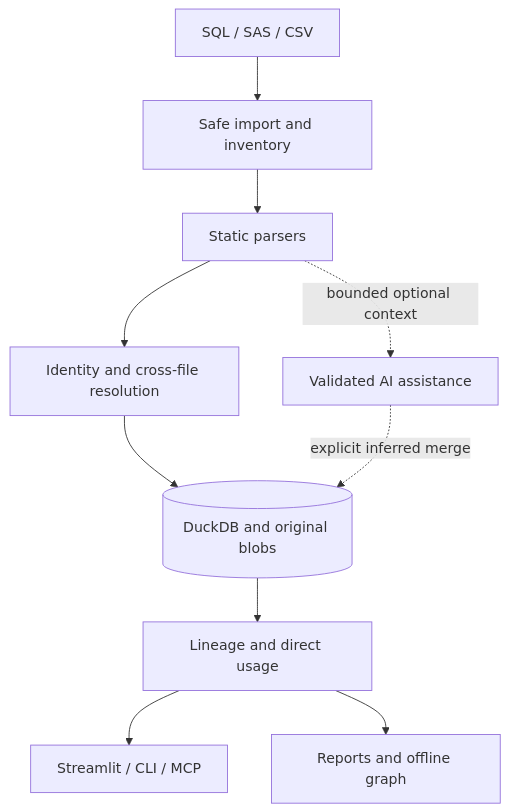
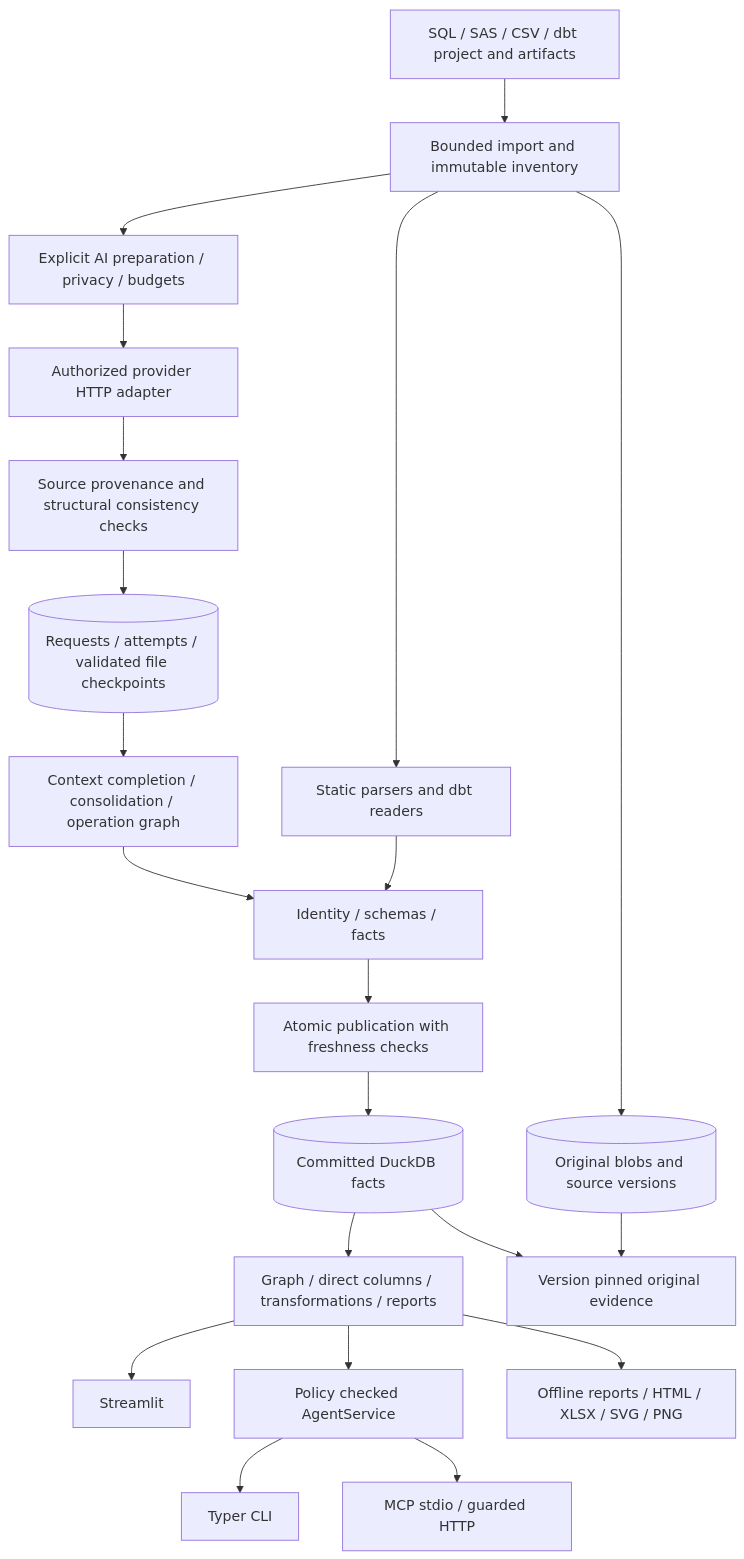
The diagram in docs/architecture/overview.md (SahasilAK/GraveTrail), drawn with Mermaid before and after one commit. The commit also changed other lines of this file and 108 other files, not shown here.

````diff
--- a/docs/architecture/overview.md
+++ b/docs/architecture/overview.md
@@ -6,12 +26,23 @@
 ```mermaid
 flowchart TB
-    Sources[SQL / SAS / CSV] --> Import[Safe import and inventory]
-    Import --> Parse[Static parsers]
-    Parse --> Resolve[Identity and cross-file resolution]
-    Resolve --> Store[(DuckDB and original blobs)]
-    Store --> Graph[Lineage and direct usage]
-    Graph --> UI[Streamlit / CLI / MCP]
-    Graph --> Export[Reports and offline graph]
-    Parse -. bounded optional context .-> AI[Validated AI assistance]
-    AI -. explicit inferred merge .-> Store
+    Input[SQL / SAS / CSV / dbt project and artifacts] --> Import[Bounded import and immutable inventory]
+    Import --> Originals[(Original blobs and source versions)]
+    Import --> Parser[Static parsers and dbt readers]
+    Import --> Prep[Explicit AI preparation / privacy / budgets]
+    Prep --> Provider[Authorized provider HTTP adapter]
+    Provider --> Validate[Source provenance and structural consistency checks]
+    Validate --> Checkpoints[(Requests / attempts / validated file checkpoints)]
+    Checkpoints --> Compose[Context completion / consolidation / operation graph]
+    Parser --> Resolve[Identity / schemas / facts]
+    Compose --> Resolve
+    Resolve --> Publish[Atomic publication with freshness checks]
+    Publish --> Facts[(Committed DuckDB facts)]
+    Facts --> Query[Graph / direct columns / transformations / reports]
+    Query --> UI[Streamlit]
+    Query --> Agent[Policy checked AgentService]
+    Agent --> CLI[Typer CLI]
+    Agent --> MCP[MCP stdio / guarded HTTP]
+    Query --> Exports[Offline reports / HTML / XLSX / SVG / PNG]
+    Originals --> Evidence[Version pinned original evidence]
+    Facts --> Evidence
 ```
````
